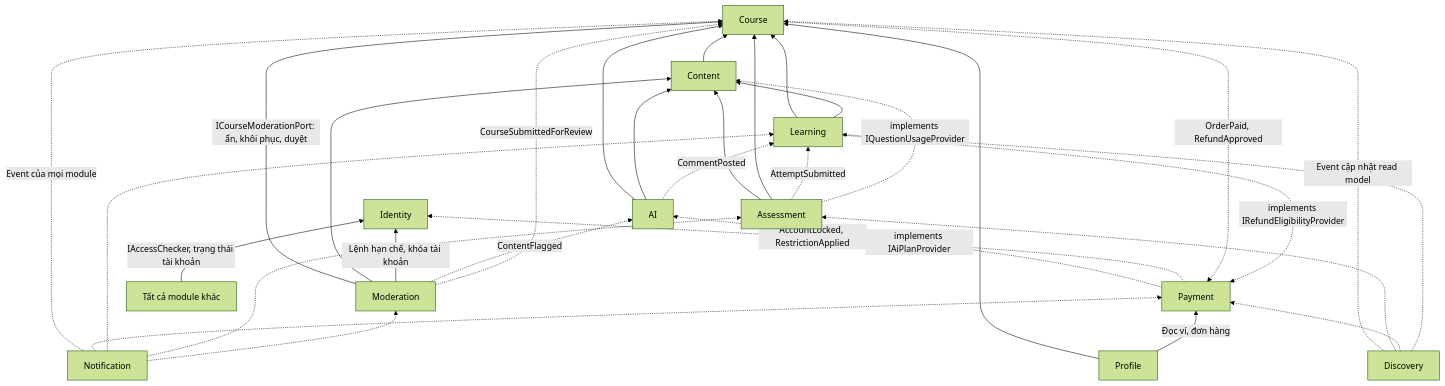
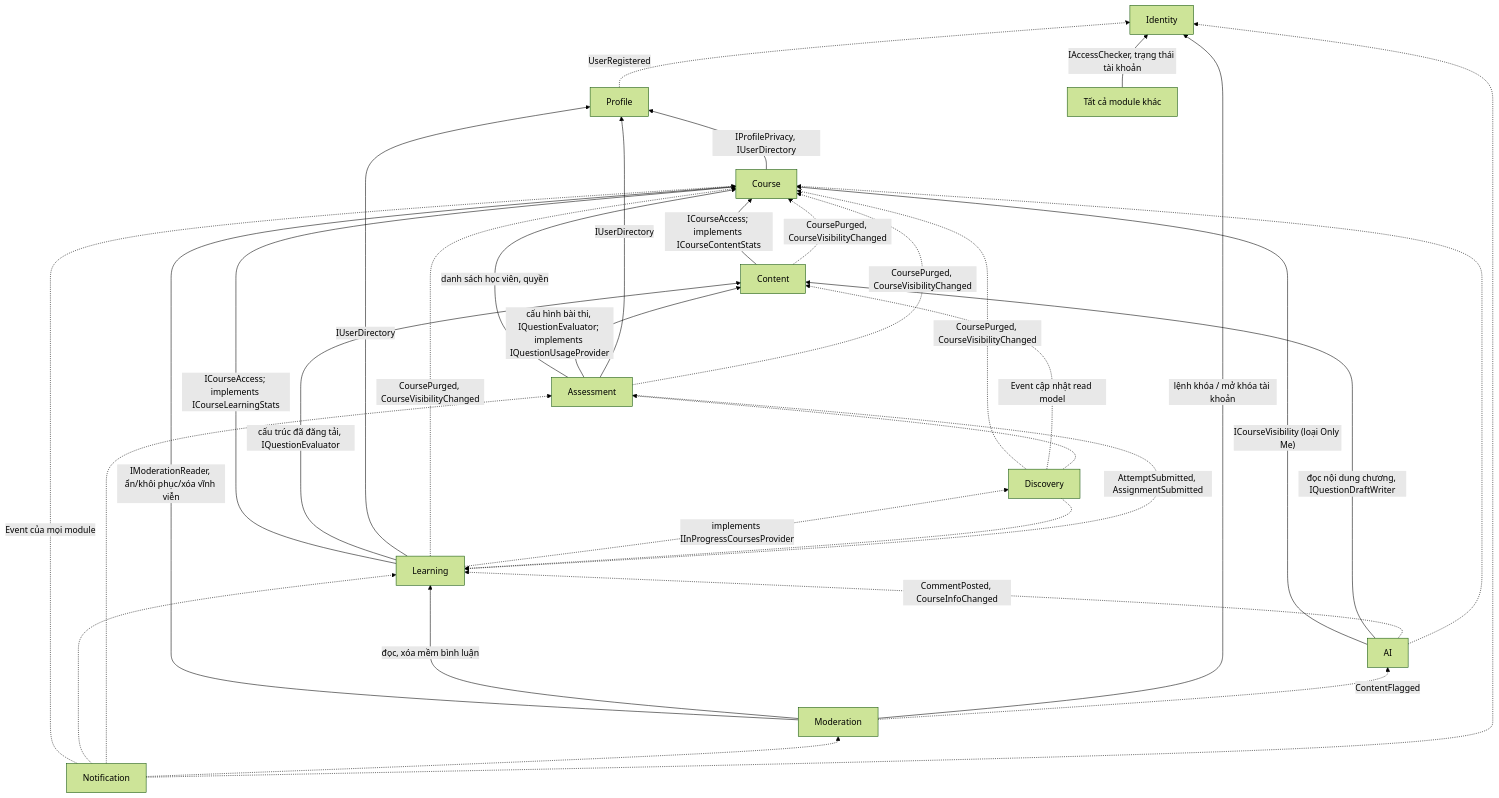
Before and after one commit to nguyenkimthuan102-lab/special-topic-team5: the second of 3 diagrams in docs/KIEN_TRUC_HE_THONG.md, drawn with Mermaid (forest theme). The commit also changed other lines of this file and 1 other file, not shown here.

Commit message:
chore: cập nhật kiến trúc hệ thống và sequence diagram

````diff
--- a/docs/KIEN_TRUC_HE_THONG.md
+++ b/docs/KIEN_TRUC_HE_THONG.md
@@ -131,49 +94,47 @@
 ```mermaid
 flowchart BT
     Identity["Identity"]
-    Payment["Payment"]
+    Profile["Profile"]
     Course["Course"]
     Content["Content"]
     Learning["Learning"]
     Assessment["Assessment"]
     AI["AI"]
     Moderation["Moderation"]
     Notification["Notification"]
     Discovery["Discovery"]
-    Profile["Profile"]
     AllMods["Tất cả module khác"]
 
     AllMods -->|"IAccessChecker, trạng thái tài khoản"| Identity
+    Profile -.->|"UserRegistered"| Identity
 
-    Content --> Course
-    Learning --> Course
-    Learning --> Content
-    Assessment --> Content
-    Assessment --> Course
-    AI --> Course
-    AI --> Content
-    Moderation -->|"ICourseModerationPort: ẩn, khôi phục, duyệt"| Course
-    Moderation --> Content
-    Moderation -->|"Lệnh hạn chế, khóa tài khoản"| Identity
-    Profile --> Course
-    Profile -->|"Đọc ví, đơn hàng"| Payment
+    Course -->|"IProfilePrivacy, IUserDirectory"| Profile
+    Content -->|"ICourseAccess; implements ICourseContentStats"| Course
+    Learning -->|"ICourseAccess; implements ICourseLearningStats"| Course
+    Learning -->|"cấu trúc đã đăng tải, IQuestionEvaluator"| Content
+    Assessment -->|"danh sách học viên, quyền"| Course
+    Assessment -->|"cấu hình bài thi, IQuestionEvaluator; implements IQuestionUsageProvider"| Content
+    Learning & Assessment -->|"IUserDirectory"| Profile
+    Assessment -.->|"AttemptSubmitted, AssignmentSubmitted"| Learning
 
-    Course -.->|"OrderPaid, RefundApproved"| Payment
-    Learning -.->|"implements IRefundEligibilityProvider"| Payment
-    Payment -.->|"implements IAiPlanProvider"| AI
-    Payment -.->|"AccountLocked, RestrictionApplied"| Identity
-    Assessment -.->|"AttemptSubmitted"| Learning
-    Assessment -.->|"implements IQuestionUsageProvider"| Content
-    AI -.->|"CommentPosted"| Learning
+    AI -->|"ICourseVisibility (loại Only Me)"| Course
+    AI -->|"đọc nội dung chương, IQuestionDraftWriter"| Content
+    AI -.->|"CommentPosted, CourseInfoChanged"| Learning
+    AI -.-> Course
+
+    Moderation -->|"IModerationReader, ẩn/khôi phục/xóa vĩnh viễn"| Course
+    Moderation -->|"đọc, xóa mềm bình luận"| Learning
+    Moderation -->|"lệnh khóa / mở khóa tài khoản"| Identity
     Moderation -.->|"ContentFlagged"| AI
-    Moderation -.->|"CourseSubmittedForReview"| Course
+
+    Content & Learning & Assessment & Discovery -.->|"CoursePurged, CourseVisibilityChanged"| Course
     Notification -.->|"Event của mọi module"| Course
-    Notification -.-> Payment
     Notification -.-> Learning
     Notification -.-> Assessment
     Notification -.-> Moderation
-    Discovery -.->|"Event cập nhật read model"| Course
+    Notification -.-> Identity
+    Discovery -.->|"Event cập nhật read model"| Content
+    Discovery -.-> Learning
     Discovery -.-> Assessment
-    Discovery -.-> Payment
-    Discovery -.-> Learning
+    Learning -.->|"implements IInProgressCoursesProvider"| Discovery
 ```
````
